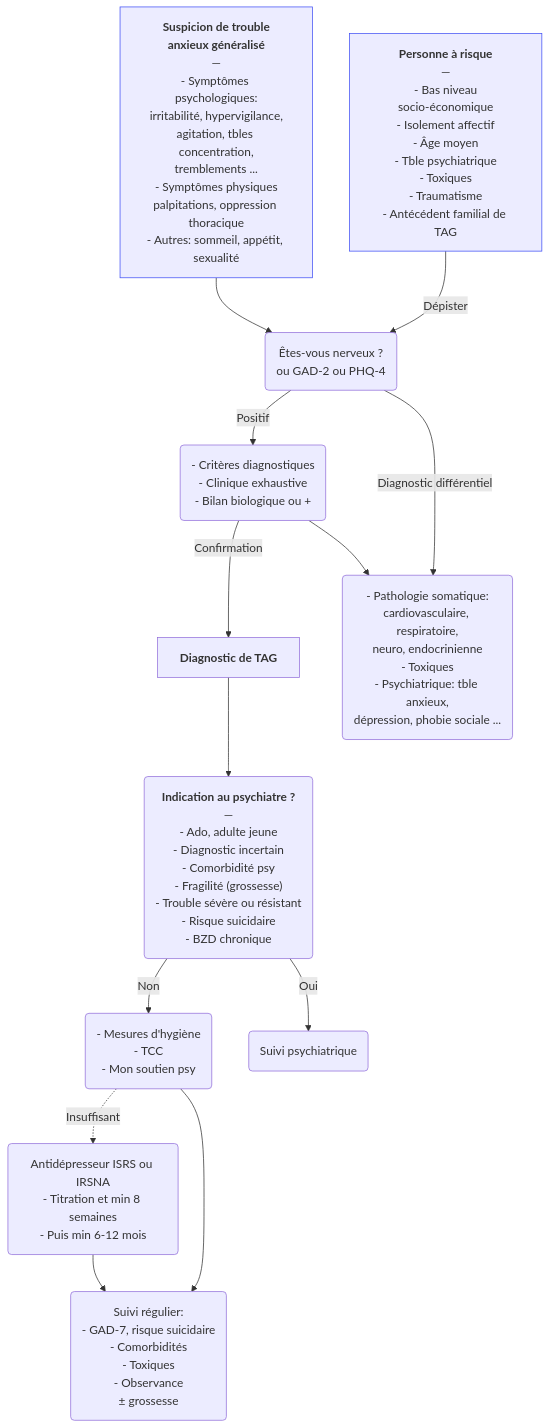
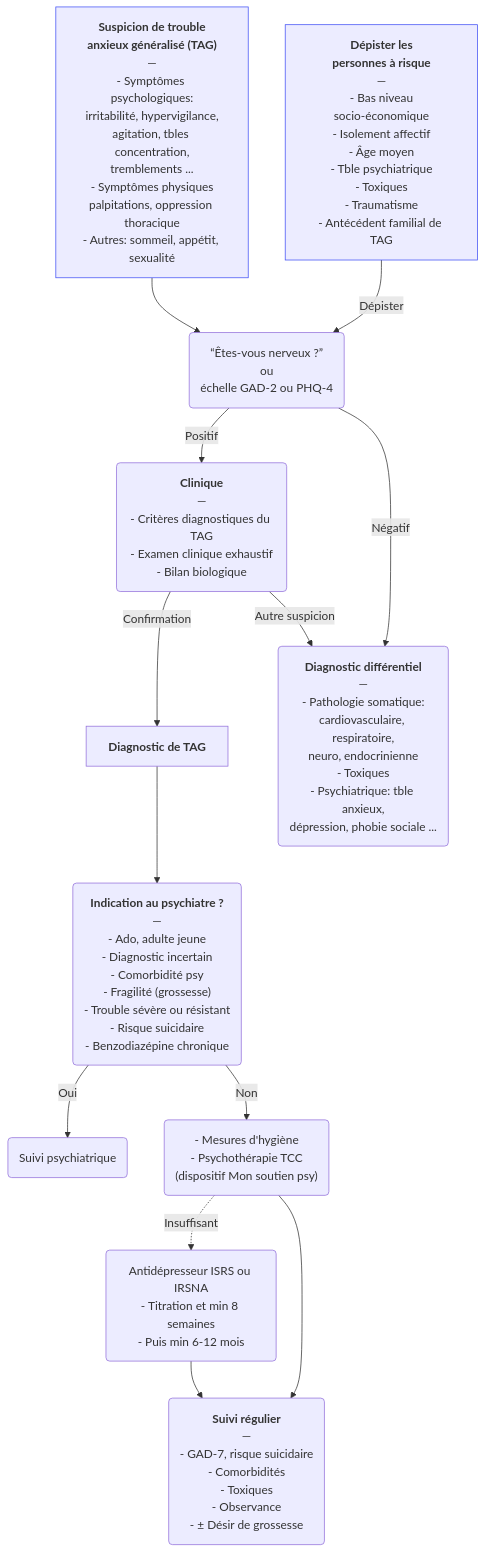
The diagram in content/recommandations/trouble-anxieux-generalise.md (djibe/recommandations-medicales), drawn with Mermaid before and after one commit. The commit also changed other lines of this file and 12 other files, not shown here.

```diff
--- a/content/recommandations/trouble-anxieux-generalise.md
+++ b/content/recommandations/trouble-anxieux-generalise.md
@@ -264,12 +264,13 @@
 {{< mermaid title="Prise en charge du trouble anxieux généralisé (TAG). Dr JB Fron d'après ACP 2019 et BAP 2010" >}}
 graph TB
-  symptômes["<b>Suspicion de trouble<br>anxieux généralisé</b><br>—<br>- Symptômes psychologiques:<br>irritabilité, hypervigilance,<br>agitation, tbles concentration,<br>tremblements ...<br>- Symptômes physiques<br>palpitations, oppression thoracique<br>- Autres: sommeil, appétit, sexualité"] --> dépistage("Êtes-vous nerveux ?<br>ou GAD-2 ou PHQ-4")
-  risque["<b>Personne à risque</b><br>—<br>- Bas niveau<br>socio-économique<br>- Isolement affectif<br>- Âge moyen<br>- Tble psychiatrique<br>- Toxiques<br>- Traumatisme<br>- Antécédent familial de TAG"] -- Dépister --> dépistage
+  symptômes["<b>Suspicion de trouble<br>anxieux généralisé (TAG)</b><br>—<br>- Symptômes psychologiques:<br>irritabilité, hypervigilance,<br>agitation, tbles concentration,<br>tremblements ...<br>- Symptômes physiques<br>palpitations, oppression thoracique<br>- Autres: sommeil, appétit, sexualité"] --> dépistage("“Êtes-vous nerveux ?”<br>ou<br>échelle GAD-2 ou PHQ-4")
+  risque["<b>Dépister les<br>personnes à risque</b><br>—<br>- Bas niveau<br>socio-économique<br>- Isolement affectif<br>- Âge moyen<br>- Tble psychiatrique<br>- Toxiques<br>- Traumatisme<br>- Antécédent familial de TAG"] -- Dépister --> dépistage
   style symptômes stroke:#4150f5, stroke-width:1px
   style risque stroke:#4150f5, stroke-width:1px
-    dépistage -- Positif --> étayer("- Critères diagnostiques<br>- Clinique exhaustive<br>- Bilan biologique ou +") -- Confirmation --> TAG["<b>Diagnostic de TAG</b>"] --> indicationPsychiatre("<b>Indication au psychiatre ?</b><br>—<br>- Ado, adulte jeune<br>- Diagnostic incertain<br>- Comorbidité psy<br>- Fragilité (grossesse)<br>- Trouble sévère ou résistant<br>- Risque suicidaire<br>- BZD chronique") -- Non --> RHD("- Mesures d'hygiène<br>- TCC<br>- Mon soutien psy") -. Insuffisant .-> antidépresseur("Antidépresseur ISRS ou IRSNA<br>- Titration et min 8 semaines<br>- Puis min 6-12 mois") --> suivi("Suivi régulier:<br>- GAD-7, risque suicidaire<br>- Comorbidités<br>- Toxiques<br>- Observance<br>± grossesse")
+    dépistage -- Positif --> étayer("<b>Clinique</b><br>—<br>- Critères diagnostiques du TAG<br>- Examen clinique exhaustif<br>- Bilan biologique") -- Confirmation --> TAG["<b>Diagnostic de TAG</b>"] --> indicationPsychiatre("<b>Indication au psychiatre ?</b><br>—<br>- Ado, adulte jeune<br>- Diagnostic incertain<br>- Comorbidité psy<br>- Fragilité (grossesse)<br>- Trouble sévère ou résistant<br>- Risque suicidaire<br>- Benzodiazépine chronique")
+      indicationPsychiatre -- Oui --> psychiatre(Suivi psychiatrique)
+      indicationPsychiatre -- Non --> RHD("- Mesures d'hygiène<br>- Psychothérapie TCC<br>(dispositif Mon soutien psy)") -. Insuffisant .-> antidépresseur("Antidépresseur ISRS ou IRSNA<br>- Titration et min 8 semaines<br>- Puis min 6-12 mois") --> suivi("<b>Suivi régulier</b><br>—<br>- GAD-7, risque suicidaire<br>- Comorbidités<br>- Toxiques<br>- Observance<br>- ± Désir de grossesse")
       RHD --> suivi
-      indicationPsychiatre -- Oui --> psychiatre(Suivi psychiatrique)
-    dépistage -- Diagnostic différentiel --> différentiel("- Pathologie somatique:<br>cardiovasculaire, respiratoire,<br>neuro, endocrinienne<br>- Toxiques<br>- Psychiatrique: tble anxieux,<br>dépression, phobie sociale ...")
-      étayer --> différentiel
+    dépistage -- Négatif --> différentiel("<b>Diagnostic différentiel</b><br>—<br>- Pathologie somatique:<br>cardiovasculaire, respiratoire,<br>neuro, endocrinienne<br>- Toxiques<br>- Psychiatrique: tble anxieux,<br>dépression, phobie sociale ...")
+      étayer -- Autre suspicion --> différentiel
 {{< /mermaid >}}
```
